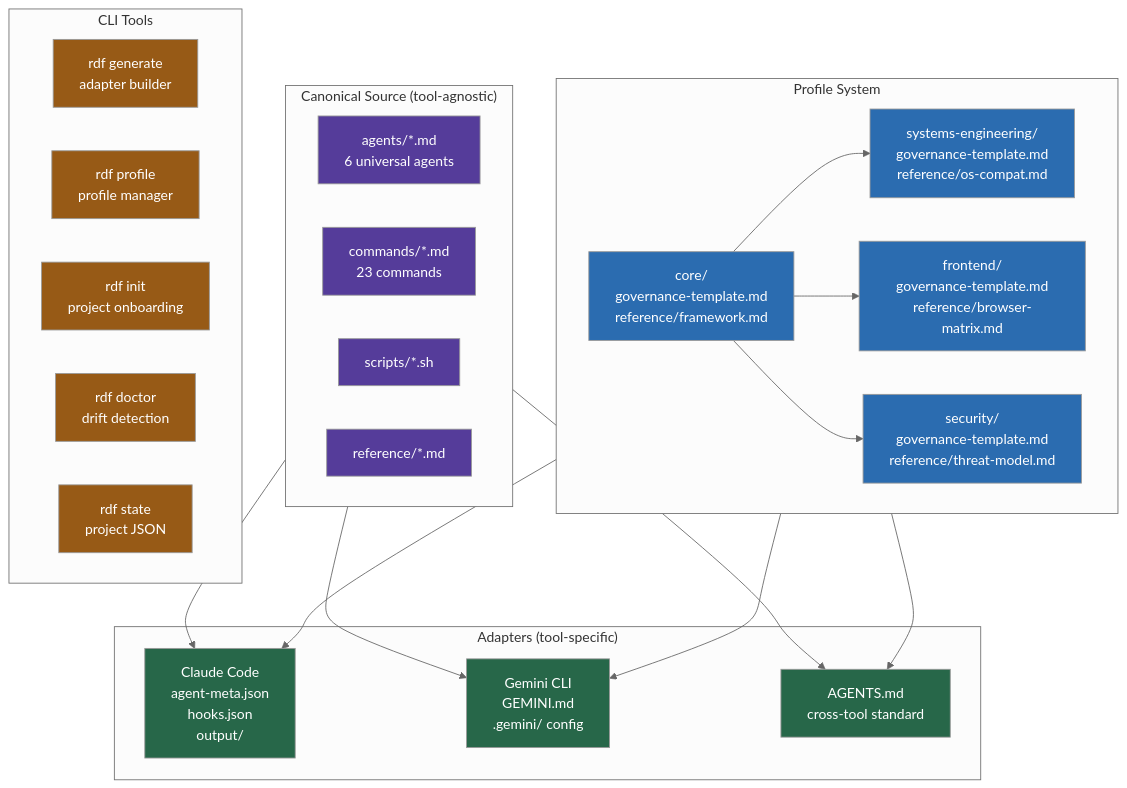
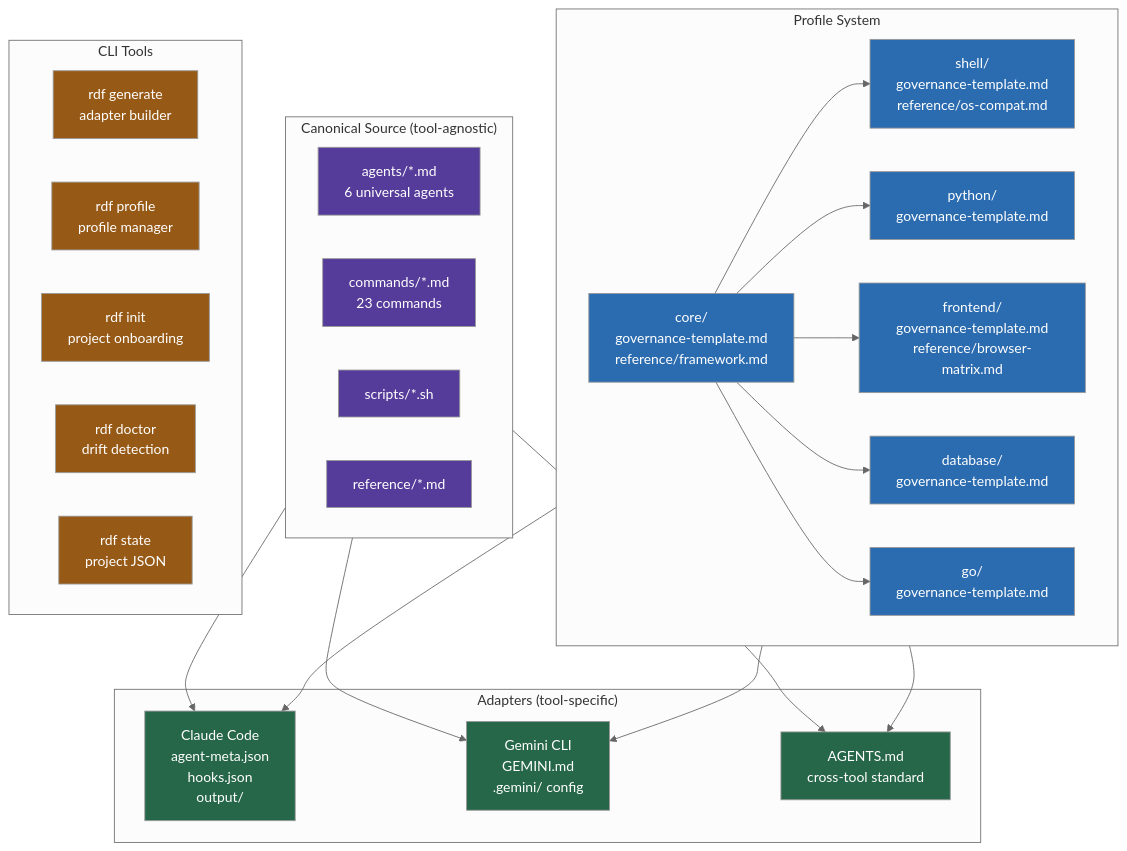
One commit to rfxn/rdf changed the first of 10 diagrams in reference/diagrams.md. Above: the diagram before and after it, drawn with Mermaid (neutral theme). The commit also changed 2 other files, not shown here.

Commit message:
Update documentation for profile expansion
[Change] README.md -- directory tree, profile table, script references updated
[Change] RDF.md -- directory tree, roadmap updated
[Change] reference/diagrams.md -- profile system diagram updated

````diff
--- a/reference/diagrams.md
+++ b/reference/diagrams.md
@@ -9,58 +9,64 @@
 ```mermaid
 flowchart TD
     subgraph Canonical["Canonical Source (tool-agnostic)"]
         Agents[agents/*.md\n6 universal agents]
         Commands[commands/*.md\n23 commands]
         Scripts[scripts/*.sh]
         Reference[reference/*.md]
     end
 
     subgraph Profiles["Profile System"]
         Core[core/\ngovernance-template.md\nreference/framework.md]
-        SysEng[systems-engineering/\ngovernance-template.md\nreference/os-compat.md]
+        Shell[shell/\ngovernance-template.md\nreference/os-compat.md]
+        Python[python/\ngovernance-template.md]
         Frontend[frontend/\ngovernance-template.md\nreference/browser-matrix.md]
-        Security[security/\ngovernance-template.md\nreference/threat-model.md]
+        Database[database/\ngovernance-template.md]
+        Go[go/\ngovernance-template.md]
     end
 
-    Core --> SysEng
+    Core --> Shell
+    Core --> Python
     Core --> Frontend
-    Core --> Security
+    Core --> Database
+    Core --> Go
 
     subgraph Adapters["Adapters (tool-specific)"]
         CC[Claude Code\nagent-meta.json\nhooks.json\noutput/]
         Gemini[Gemini CLI\nGEMINI.md\n.gemini/ config]
         AgentsMD[AGENTS.md\ncross-tool standard]
     end
 
     Canonical --> CC
     Canonical --> Gemini
     Canonical --> AgentsMD
     Profiles --> CC
     Profiles --> Gemini
     Profiles --> AgentsMD
 
     subgraph Tools["CLI Tools"]
         Generate[rdf generate\nadapter builder]
         ProfileCmd[rdf profile\nprofile manager]
         Init[rdf init\nproject onboarding]
         Doctor[rdf doctor\ndrift detection]
         State[rdf state\nproject JSON]
     end
 
     style Agents fill:#553c9a,color:#fff
     style Commands fill:#553c9a,color:#fff
     style Scripts fill:#553c9a,color:#fff
     style Reference fill:#553c9a,color:#fff
     style Core fill:#2b6cb0,color:#fff
-    style SysEng fill:#2b6cb0,color:#fff
+    style Shell fill:#2b6cb0,color:#fff
+    style Python fill:#2b6cb0,color:#fff
     style Frontend fill:#2b6cb0,color:#fff
-    style Security fill:#2b6cb0,color:#fff
+    style Database fill:#2b6cb0,color:#fff
+    style Go fill:#2b6cb0,color:#fff
     style CC fill:#276749,color:#fff
     style Gemini fill:#276749,color:#fff
     style AgentsMD fill:#276749,color:#fff
     style Generate fill:#975a16,color:#fff
     style ProfileCmd fill:#975a16,color:#fff
     style Init fill:#975a16,color:#fff
     style Doctor fill:#975a16,color:#fff
     style State fill:#975a16,color:#fff
 ```
````
